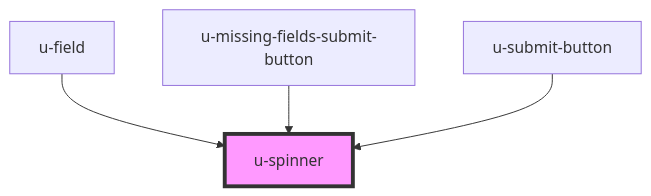
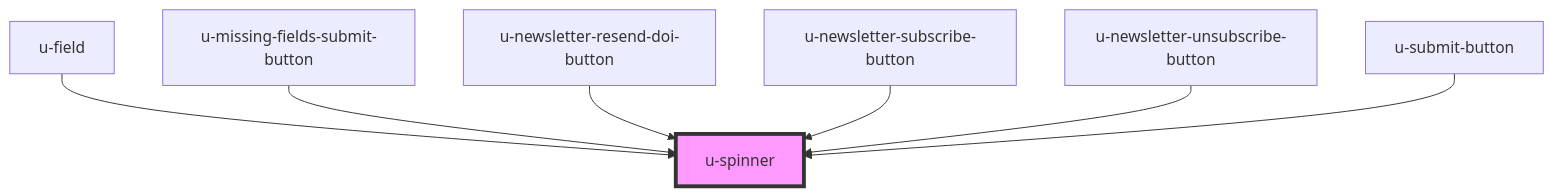
One commit to UnidyID/unidy-sdk changed the diagram in packages/sdk/src/shared/components/spinner/readme.md. Above: the diagram before and after it, drawn with Mermaid. The commit also changed other lines of this file and 5 other files, not shown here.

````diff
--- a/packages/sdk/src/shared/components/spinner/readme.md
+++ b/packages/sdk/src/shared/components/spinner/readme.md
@@ -104,7 +107,10 @@
 ```mermaid
 graph TD;
   u-field --> u-spinner
   u-missing-fields-submit-button --> u-spinner
+  u-newsletter-resend-doi-button --> u-spinner
+  u-newsletter-subscribe-button --> u-spinner
+  u-newsletter-unsubscribe-button --> u-spinner
   u-submit-button --> u-spinner
   style u-spinner fill:#f9f,stroke:#333,stroke-width:4px
 ```
````
